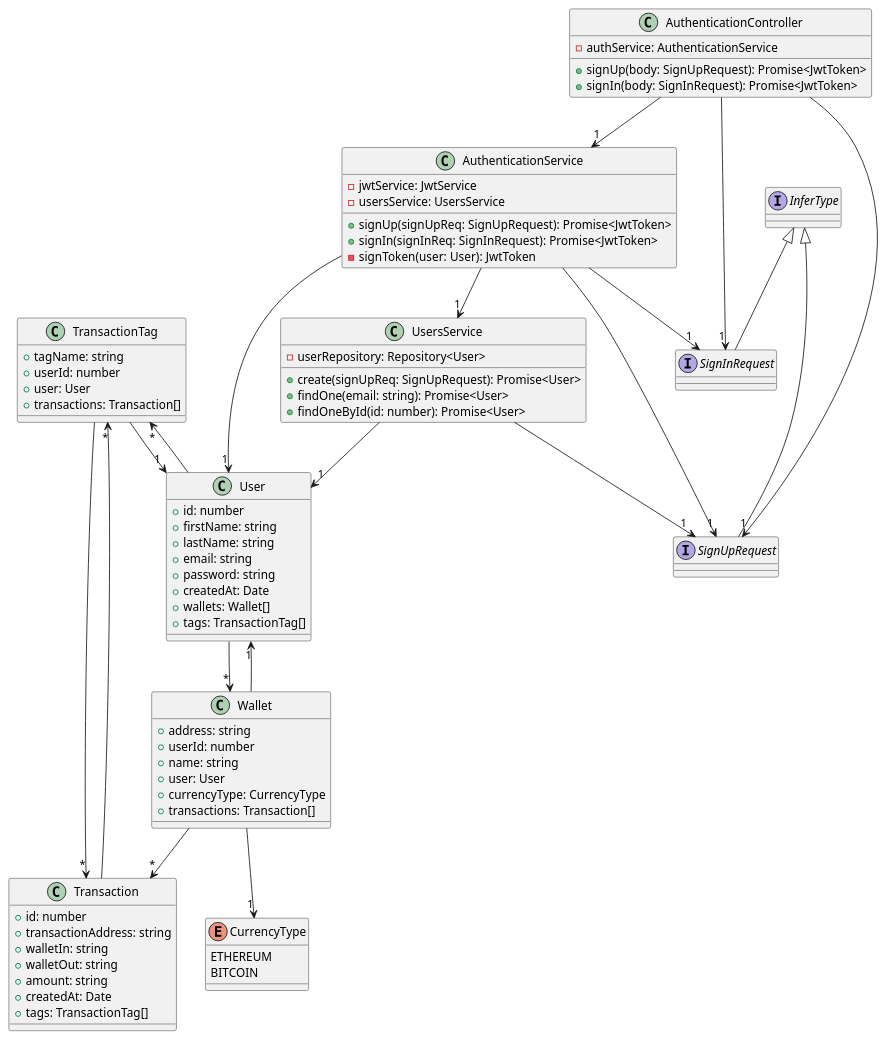
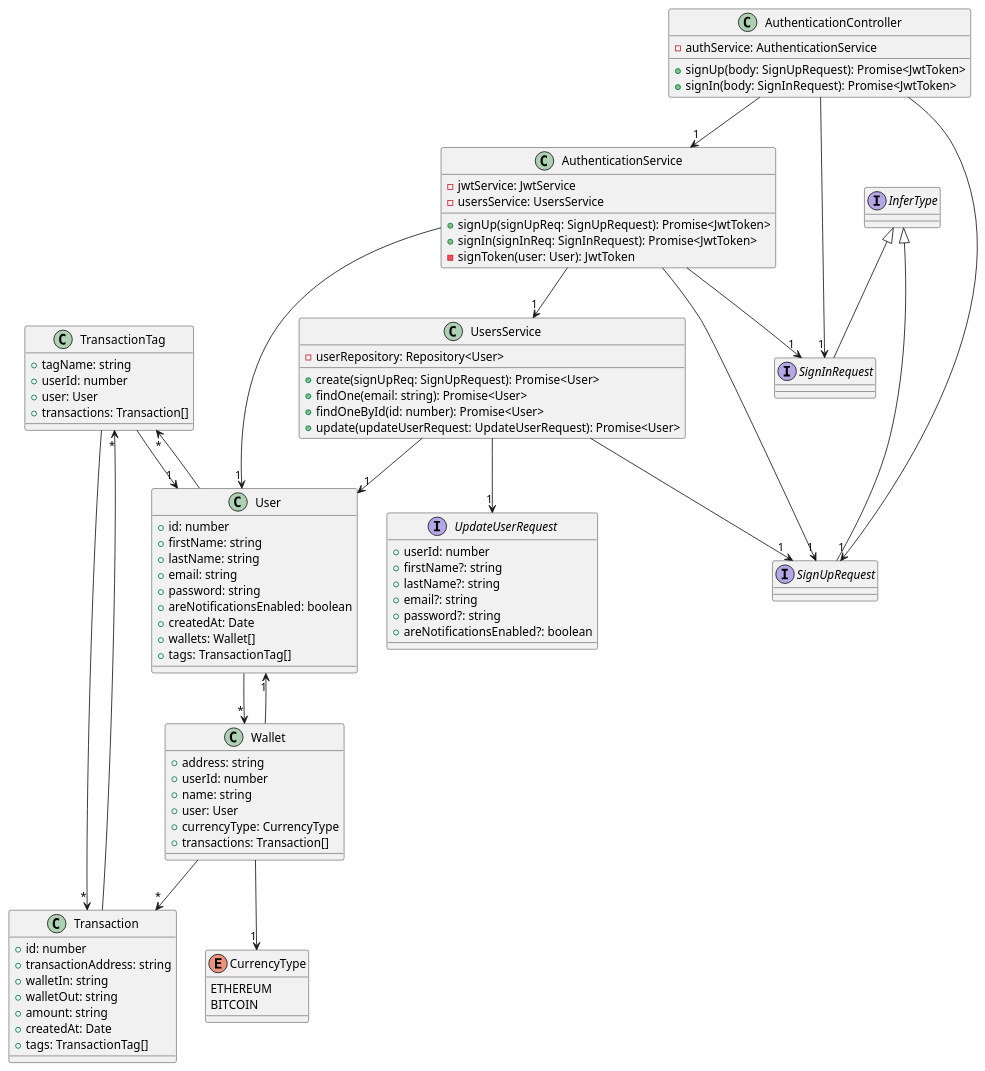
Before and after one commit to SOEN-490-Capstone/Cryptify: the diagram in packages/docs/diagrams/class_diagram_api_authentication.puml, drawn with PlantUML. The commit also changed 17 other files, not shown here.

Commit message:
Update all class diagrams to current code

```diff
--- a/packages/docs/diagrams/class_diagram_api_authentication.puml
+++ b/packages/docs/diagrams/class_diagram_api_authentication.puml
@@ -1,76 +1,87 @@
 @startuml
 class TransactionTag {
     +tagName: string
     +userId: number
     +user: User
     +transactions: Transaction[]
 }
 class Transaction {
     +id: number
     +transactionAddress: string
     +walletIn: string
     +walletOut: string
     +amount: string
     +createdAt: Date
     +tags: TransactionTag[]
 }
 enum CurrencyType {
     ETHEREUM
     BITCOIN
 }
 class Wallet {
     +address: string
     +userId: number
     +name: string
     +user: User
     +currencyType: CurrencyType
     +transactions: Transaction[]
 }
 class User {
     +id: number
     +firstName: string
     +lastName: string
     +email: string
     +password: string
+    +areNotificationsEnabled: boolean
     +createdAt: Date
     +wallets: Wallet[]
     +tags: TransactionTag[]
 }
 interface SignUpRequest extends InferType
+interface UpdateUserRequest {
+    +userId: number
+    +firstName?: string
+    +lastName?: string
+    +email?: string
+    +password?: string
+    +areNotificationsEnabled?: boolean
+}
 class UsersService {
     -userRepository: Repository<User>
     +create(signUpReq: SignUpRequest): Promise<User>
     +findOne(email: string): Promise<User>
     +findOneById(id: number): Promise<User>
+    +update(updateUserRequest: UpdateUserRequest): Promise<User>
 }
 interface SignInRequest extends InferType
 class AuthenticationService {
     -jwtService: JwtService
     -usersService: UsersService
     +signUp(signUpReq: SignUpRequest): Promise<JwtToken>
     +signIn(signInReq: SignInRequest): Promise<JwtToken>
     -signToken(user: User): JwtToken
 }
 class AuthenticationController {
     -authService: AuthenticationService
     +signUp(body: SignUpRequest): Promise<JwtToken>
     +signIn(body: SignInRequest): Promise<JwtToken>
 }
 TransactionTag --> "1" User
 TransactionTag --> "*" Transaction
 Transaction --> "*" TransactionTag
 Wallet --> "1" User
 Wallet --> "1" CurrencyType
 Wallet --> "*" Transaction
 User --> "*" Wallet
 User --> "*" TransactionTag
 UsersService --> "1" User
 UsersService --> "1" SignUpRequest
+UsersService --> "1" UpdateUserRequest
 AuthenticationService --> "1" UsersService
 AuthenticationService --> "1" SignUpRequest
 AuthenticationService --> "1" SignInRequest
 AuthenticationService --> "1" User
 AuthenticationController --> "1" AuthenticationService
 AuthenticationController --> "1" SignUpRequest
 AuthenticationController --> "1" SignInRequest
 @enduml
```
